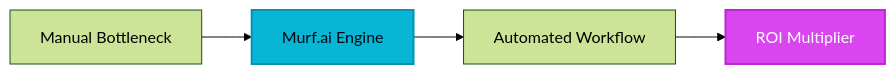
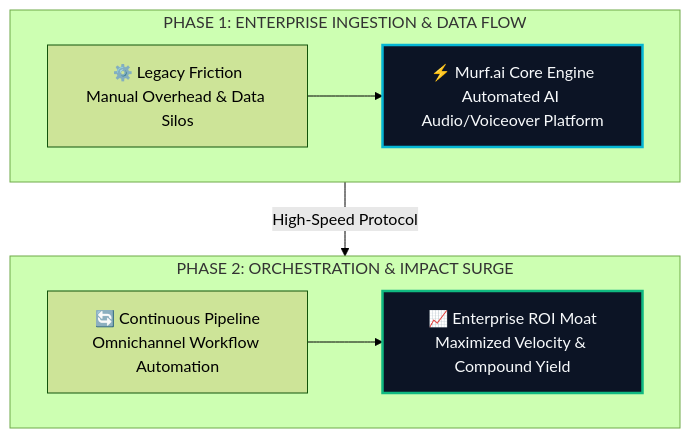
One commit to heliatech-media/saas-radar changed the diagram in site/src/content/blog/murf-ai-evolution-guide-2026.md. Above: the diagram before and after it, drawn with Mermaid (forest theme). The commit also changed 97 other files, not shown here.

First line of the commit message:
feat(diagrams): upgrade all article architecture schemas to high-impact 2-tier responsive vector blueprints

````diff
--- a/site/src/content/blog/murf-ai-evolution-guide-2026.md
+++ b/site/src/content/blog/murf-ai-evolution-guide-2026.md
@@ -54,8 +54,14 @@
 ```mermaid
-flowchart LR
-    A[Manual Bottleneck] --> B[Murf.ai Engine]
-    B --> C[Automated Workflow]
-    C --> D[ROI Multiplier]
-    style B fill:#06b6d4,stroke:#0891b2,stroke-width:2px,color:#030712
-    style D fill:#d946ef,stroke:#c026d3,stroke-width:2px,color:#ffffff
+flowchart TD
+    subgraph S1["PHASE 1: ENTERPRISE INGESTION & DATA FLOW"]
+        direction LR
+        A["⚙️ Legacy Friction<br/>Manual Overhead & Data Silos"] --> B["⚡ Murf.ai Core Engine<br/>Automated AI Audio/Voiceover Platform"]
+    end
+    subgraph S2["PHASE 2: ORCHESTRATION & IMPACT SURGE"]
+        direction LR
+        C["🔄 Continuous Pipeline<br/>Omnichannel Workflow Automation"] --> D["📈 Enterprise ROI Moat<br/>Maximized Velocity & Compound Yield"]
+    end
+    S1 -->|High-Speed Protocol| S2
+    style B fill:#0c1425,stroke:#06b6d4,stroke-width:2.5px,color:#f8fafc
+    style D fill:#0c1425,stroke:#10b981,stroke-width:2.5px,color:#f8fafc
 ```
````
